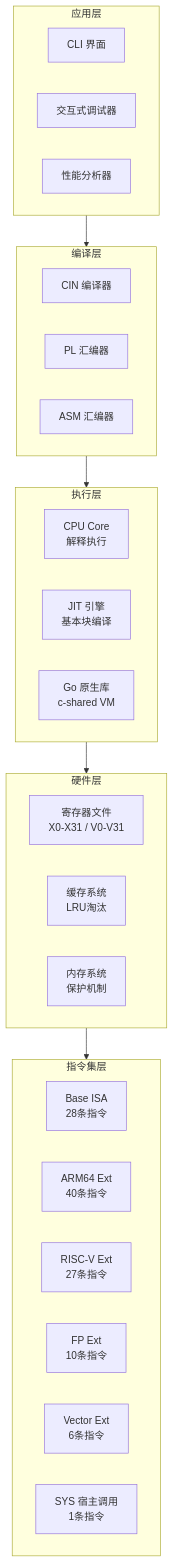
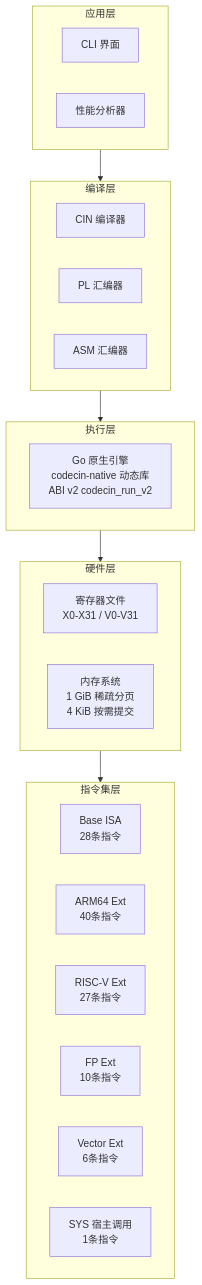
One commit to ByUsiStudio/Code-CIN changed the third of 15 diagrams in README.md. Above: the diagram before and after it, drawn with Mermaid. The commit also changed other lines of this file and 4 other files, not shown here.

````diff
--- a/README.md
+++ b/README.md
@@ -135,37 +133,33 @@
 ```mermaid
 flowchart TB
     subgraph APP[应用层]
         CLI[CLI 界面]
-        DBG[交互式调试器]
         PRF[性能分析器]
     end
     
     subgraph COMP[编译层]
         CIN[CIN 编译器]
         PL[PL 汇编器]
         ASM[ASM 汇编器]
     end
     
     subgraph EXEC[执行层]
-        CORE[CPU Core<br/>解释执行]
-        JIT[JIT 引擎<br/>基本块编译]
-        NATIVE[Go 原生库<br/>c-shared VM]
+        NATIVE[Go 原生引擎<br/>codecin-native 动态库<br/>ABI v2 codecin_run_v2]
     end
 
     subgraph HW[硬件层]
         REG[寄存器文件<br/>X0-X31 / V0-V31]
-        CACHE[缓存系统<br/>LRU淘汰]
-        MEM[内存系统<br/>保护机制]
+        MEM[内存系统<br/>1 GiB 稀疏分页<br/>4 KiB 按需提交]
     end
     
     subgraph ISA[指令集层]
         BASE[Base ISA<br/>28条指令]
         ARM64[ARM64 Ext<br/>40条指令]
         RISCV[RISC-V Ext<br/>27条指令]
         FP[FP Ext<br/>10条指令]
         VEC[Vector Ext<br/>6条指令]
         SYS[SYS 宿主调用<br/>1条指令]
     end
     
     APP --> COMP --> EXEC --> HW --> ISA
 ```
````
